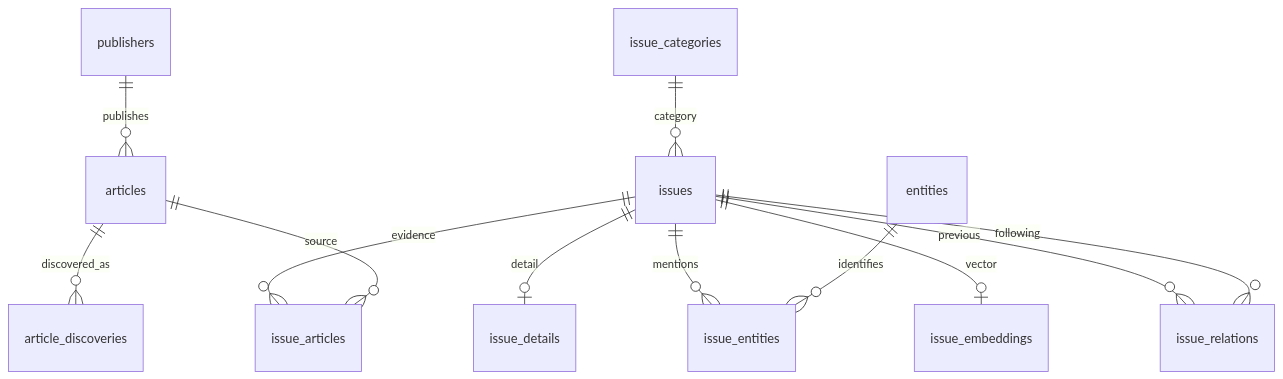
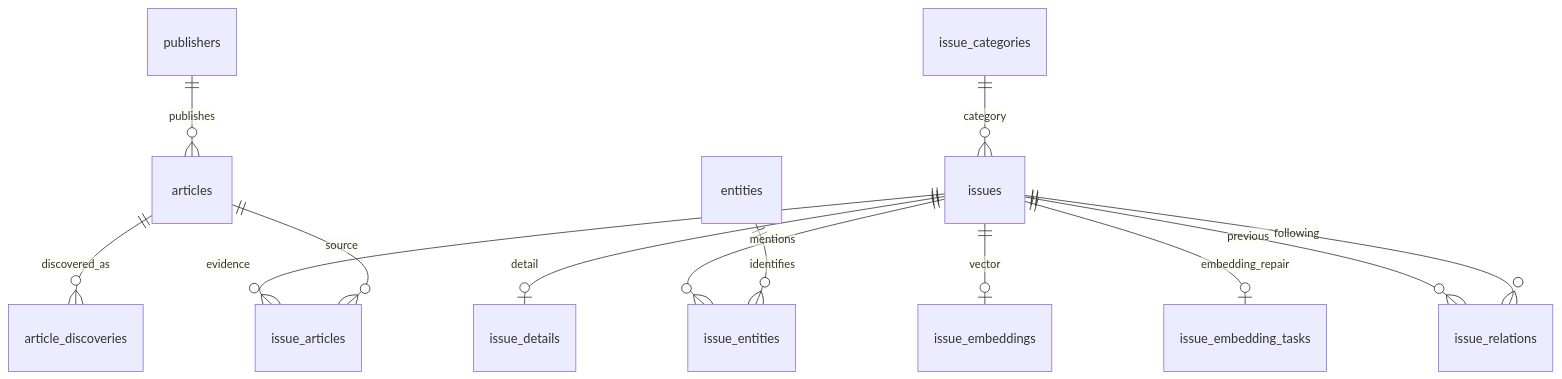
One commit to newtine-wanted/newtine-backend changed the first of 3 diagrams in docs/design/erd.md. Above: the diagram before and after it, drawn with Mermaid. The commit also changed other lines of this file and 6 other files, not shown here.

````diff
--- a/docs/design/erd.md
+++ b/docs/design/erd.md
@@ -282,14 +291,15 @@
 ```mermaid
 erDiagram
  publishers ||--o{ articles : publishes
  articles ||--o{ article_discoveries : discovered_as
  issue_categories ||--o{ issues : category
  issues ||--o| issue_details : detail
  issues ||--o{ issue_articles : evidence
  articles ||--o{ issue_articles : source
  issues ||--o{ issue_entities : mentions
  entities ||--o{ issue_entities : identifies
  issues ||--o| issue_embeddings : vector
+ issues ||--o| issue_embedding_tasks : embedding_repair
  issues ||--o{ issue_relations : previous
  issues ||--o{ issue_relations : following
 ```
````
